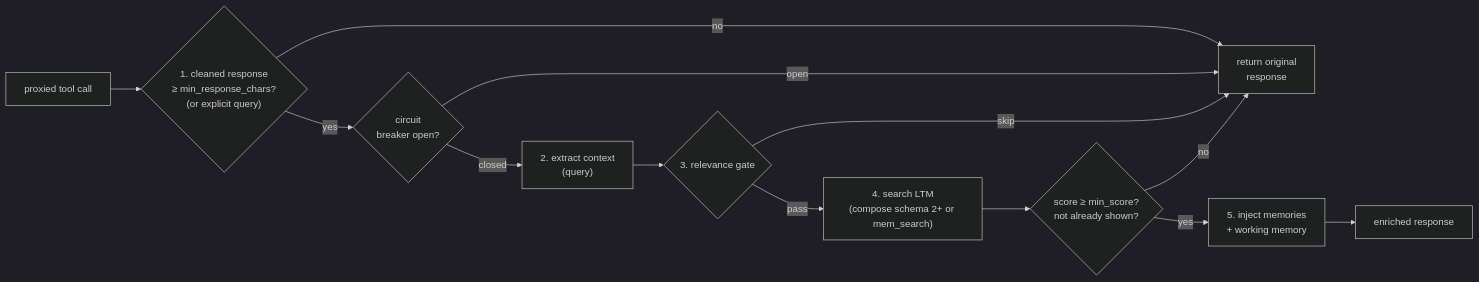
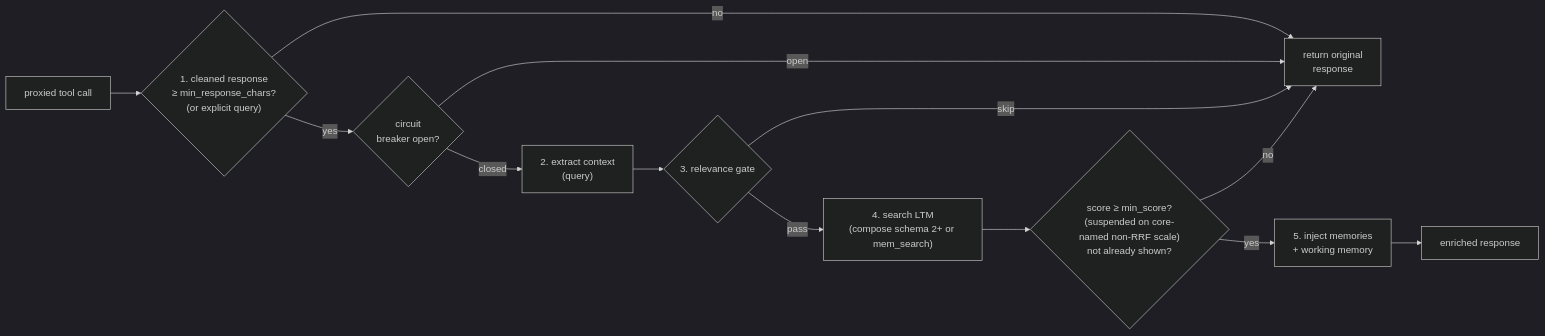
Before and after one commit to memtomem/memtomem-stm: the first of 5 diagrams in docs/surfacing.md, drawn with Mermaid (dark theme). The commit also changed other lines of this file and 14 other files, not shown here.

````diff
--- a/docs/surfacing.md
+++ b/docs/surfacing.md
@@ -76,15 +76,15 @@
 ```mermaid
 flowchart LR
     Tool["proxied tool call"] --> Size{"1. cleaned response<br/>≥ min_response_chars?<br/>(or explicit query)"}
     Size -->|no| Pass["return original<br/>response"]
     Size -->|yes| CB{"circuit<br/>breaker open?"}
     CB -->|open| Pass
     CB -->|closed| Extract["2. extract context<br/>(query)"]
     Extract --> Gate{"3. relevance gate"}
     Gate -->|skip| Pass
     Gate -->|pass| Search["4. search LTM<br/>(compose schema 2+ or mem_search)"]
-    Search --> Filter{"score ≥ min_score?<br/>not already shown?"}
+    Search --> Filter{"score ≥ min_score?<br/>(suspended on core-named non-RRF scale)<br/>not already shown?"}
     Filter -->|no| Pass
     Filter -->|yes| Inject["5. inject memories<br/>+ working memory"]
     Inject --> Out["enriched response"]
 ```
````
